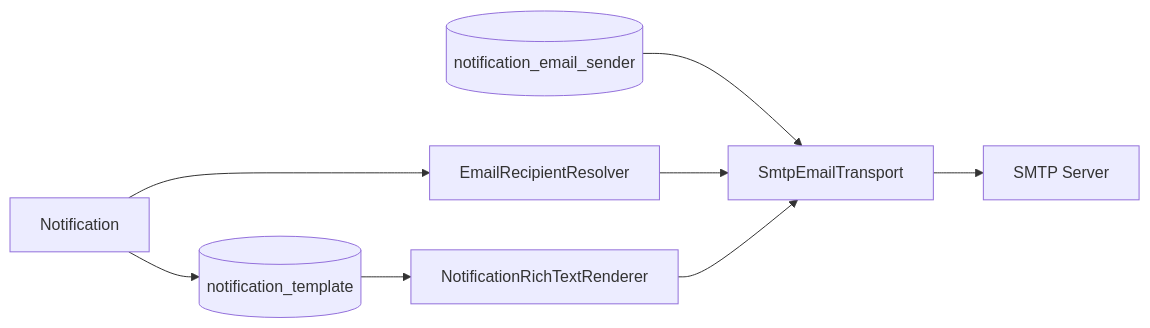
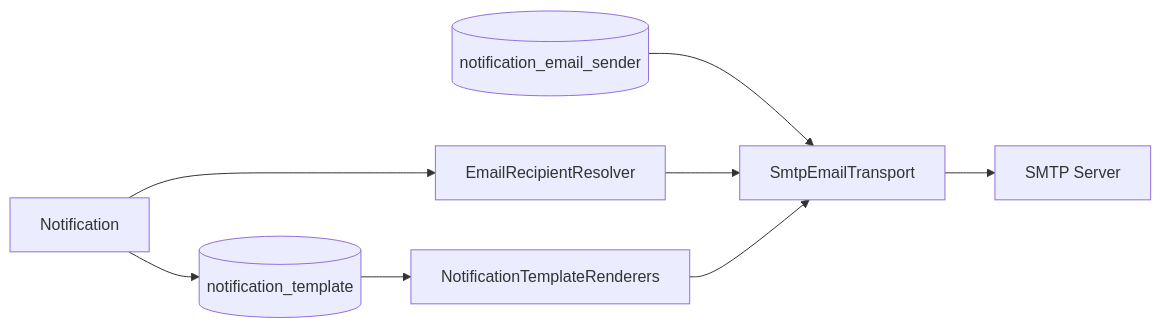
The third of 3 diagrams in docs/tutorials/messaging-and-notification.md (SH-XiaoXiu/sca4d-j), drawn with Mermaid before and after one commit. The commit also changed other lines of this file and 63 other files, not shown here.

````diff
--- a/docs/tutorials/messaging-and-notification.md
+++ b/docs/tutorials/messaging-and-notification.md
@@ -134,16 +332,16 @@
 ```mermaid
 flowchart LR
     Notification[Notification]
     Resolver[EmailRecipientResolver]
     Template[(notification_template)]
     Sender[(notification_email_sender)]
-    Renderer[NotificationRichTextRenderer]
+    Renderer[NotificationTemplateRenderers]
     Transport[SmtpEmailTransport]
     Server[SMTP Server]
 
     Notification --> Resolver
     Notification --> Template --> Renderer
     Sender --> Transport
     Resolver --> Transport
     Renderer --> Transport --> Server
 ```
````
